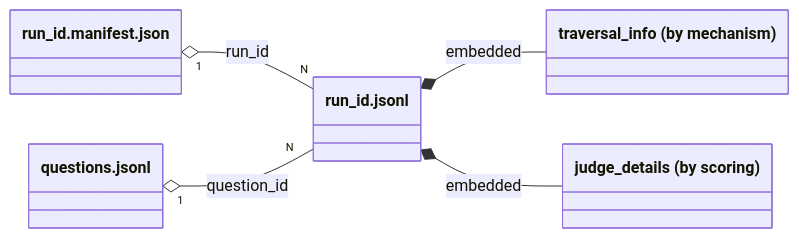
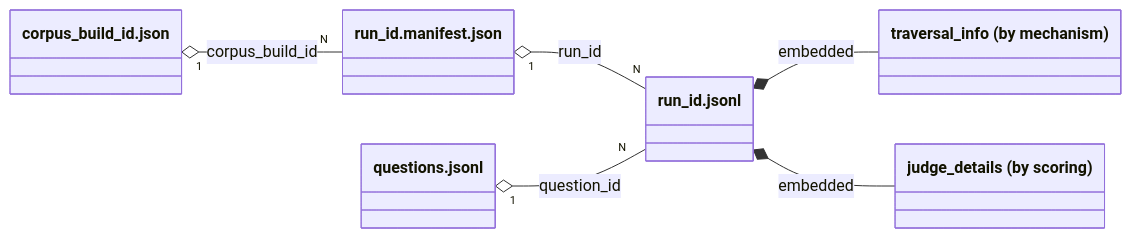
The first of 3 diagrams in README.md (joseph-higaki/rag-bench-analytics), drawn with Mermaid before and after one commit. The commit also changed other lines of this file and 16 other files, not shown here.

````diff
--- a/README.md
+++ b/README.md
@@ -69,14 +72,16 @@
 ```mermaid
 classDiagram
     direction LR
     class RUN_MANIFEST["run_id.manifest.json"]
     class SCORED_ANSWER["run_id.jsonl"]
     class QUESTION["questions.jsonl"]
+    class CORPUS_PROFILE["corpus_build_id.json"]
     class traversal_info["traversal_info (by mechanism)"]
     class judge_details["judge_details (by scoring)"]
 
     RUN_MANIFEST "1" o-- "N" SCORED_ANSWER : run_id
     QUESTION "1" o-- "N" SCORED_ANSWER : question_id
+    CORPUS_PROFILE "1" o-- "N" RUN_MANIFEST : corpus_build_id
     SCORED_ANSWER *-- traversal_info : embedded
     SCORED_ANSWER *-- judge_details : embedded
 ```
````
